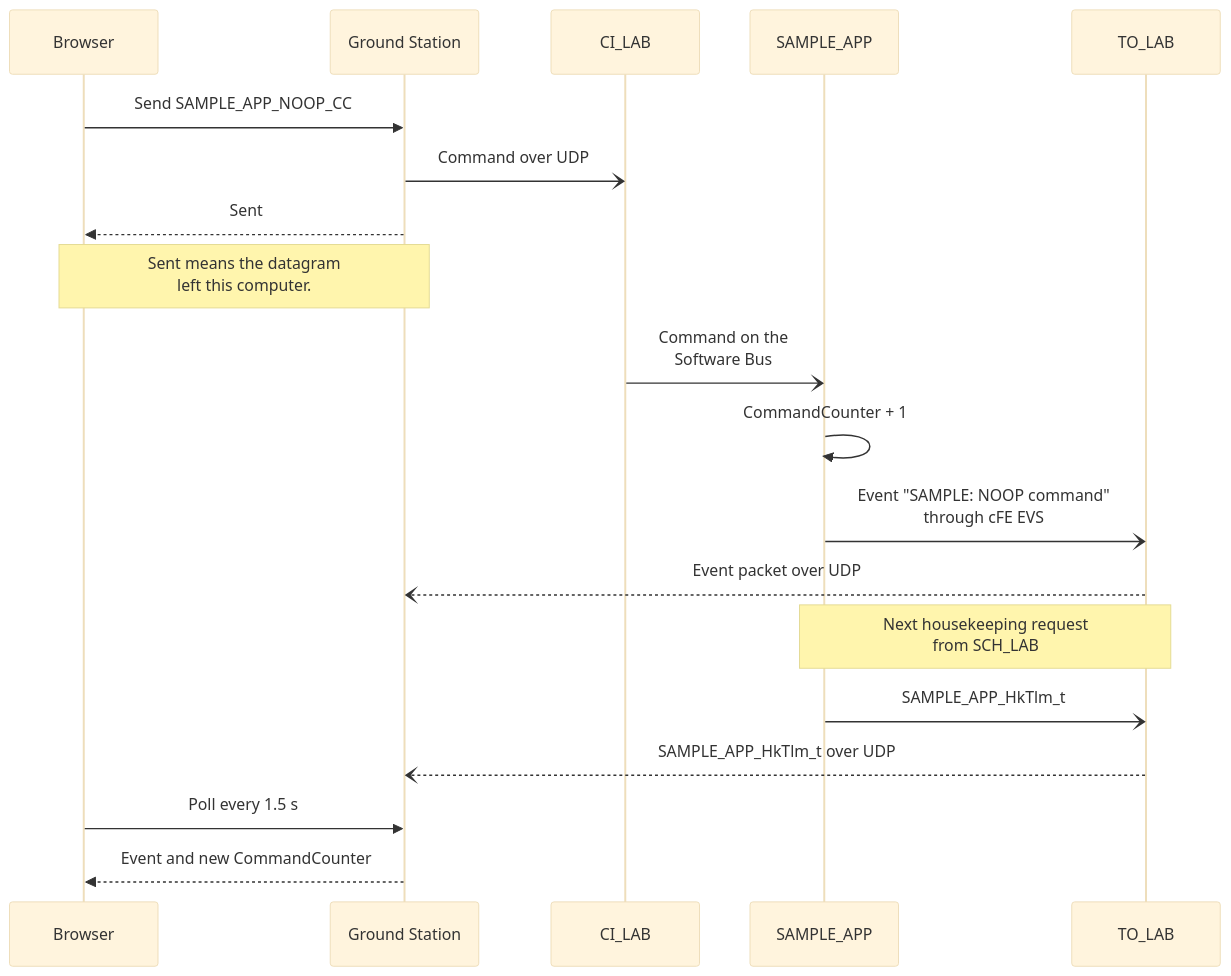
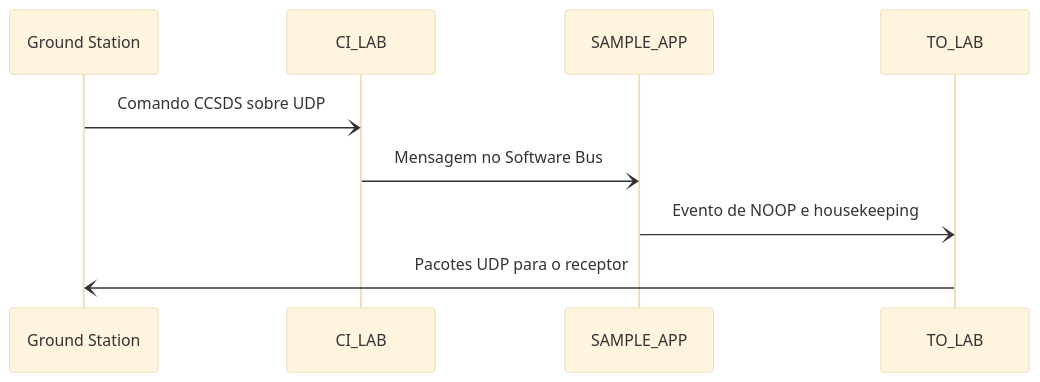
Before and after one commit to Raiagues/cfs_emulator: the diagram in ground_station/README.md, drawn with Mermaid (base theme). The commit also changed other lines of this file and 222 other files, not shown here.

````diff
--- a/ground_station/README.md
+++ b/ground_station/README.md
@@ -62,21 +16,11 @@
 ```mermaid
 sequenceDiagram
-    participant UI as Browser
-    participant GS as Ground Station
+    participant UI as Ground Station
     participant CI as CI_LAB
-    participant APP as SAMPLE_APP
+    participant App as SAMPLE_APP
     participant TO as TO_LAB
-    UI->>GS: Send SAMPLE_APP_NOOP_CC
-    GS-)CI: Command over UDP
-    GS-->>UI: Sent
-    Note over UI,GS: Sent means the datagram<br/>left this computer.
-    CI-)APP: Command on the<br/>Software Bus
-    APP->>APP: CommandCounter + 1
-    APP-)TO: Event "SAMPLE: NOOP command"<br/>through cFE EVS
-    TO--)GS: Event packet over UDP
-    Note over APP,TO: Next housekeeping request<br/>from SCH_LAB
-    APP-)TO: SAMPLE_APP_HkTlm_t
-    TO--)GS: SAMPLE_APP_HkTlm_t over UDP
-    UI->>GS: Poll every 1.5 s
-    GS-->>UI: Event and new CommandCounter
+    UI-)CI: Comando CCSDS sobre UDP
+    CI-)App: Mensagem no Software Bus
+    App-)TO: Evento de NOOP e housekeeping
+    TO-)UI: Pacotes UDP para o receptor
 ```
````
